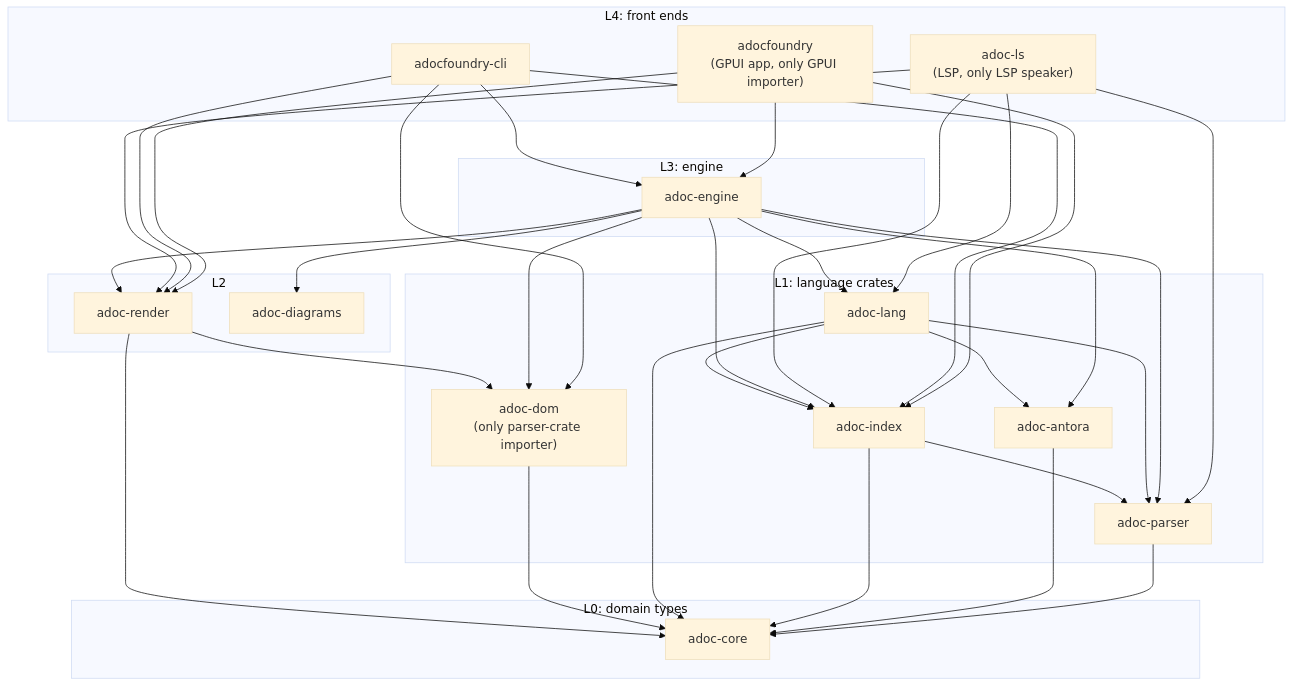
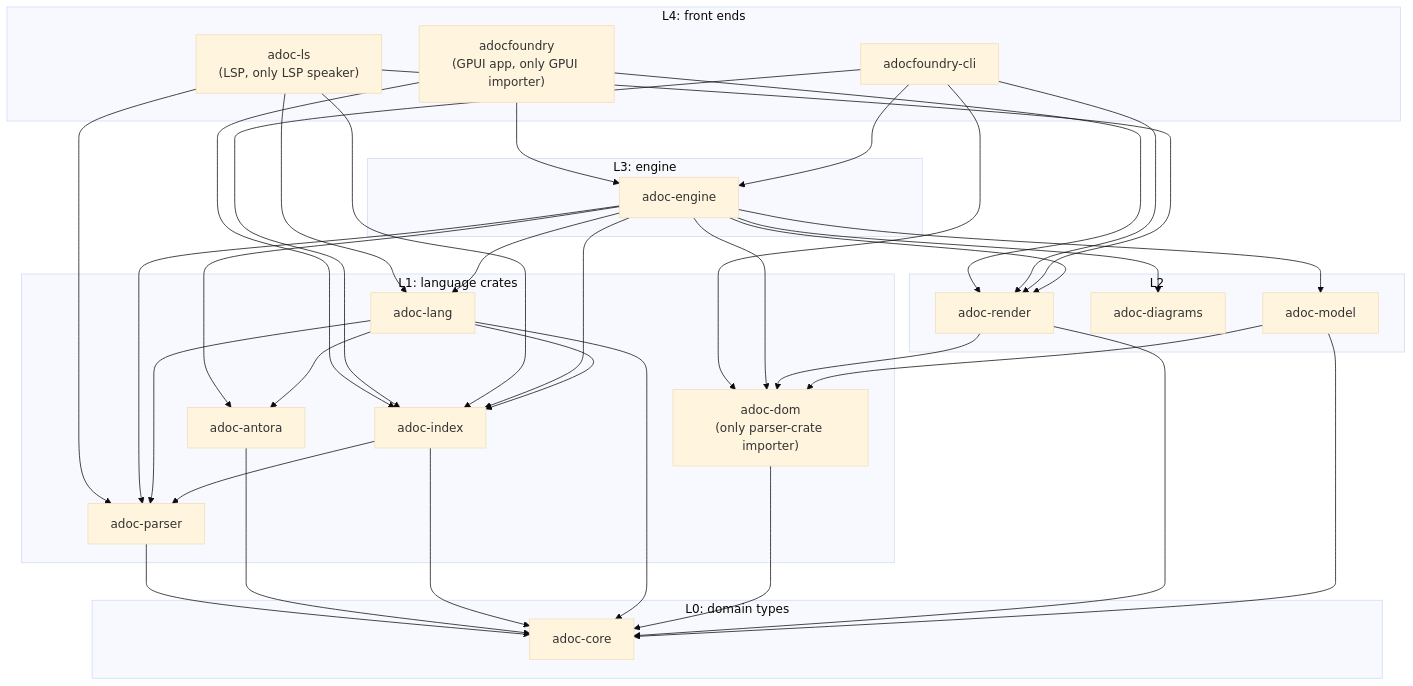
One commit to bovinemagnet/AdocFoundry changed the diagram in src/docs/modules/developer/examples/crate-layers.mmd. Above: the diagram before and after it, drawn with Mermaid (base theme). The commit also changed 67 other files, not shown here.

```diff
--- a/src/docs/modules/developer/examples/crate-layers.mmd
+++ b/src/docs/modules/developer/examples/crate-layers.mmd
@@ -1,52 +1,56 @@
 flowchart TD
     subgraph L4["L4: front ends"]
         app["adocfoundry<br/>(GPUI app, only GPUI importer)"]
         cli["adocfoundry-cli"]
         ls["adoc-ls<br/>(LSP, only LSP speaker)"]
     end
     subgraph L3["L3: engine"]
         engine["adoc-engine"]
     end
     subgraph L2["L2"]
         render["adoc-render"]
         diagrams["adoc-diagrams"]
+        model["adoc-model"]
     end
     subgraph L1["L1: language crates"]
         parser["adoc-parser"]
         dom["adoc-dom<br/>(only parser-crate importer)"]
         antora["adoc-antora"]
         index["adoc-index"]
         lang["adoc-lang"]
     end
     subgraph L0["L0: domain types"]
         core["adoc-core"]
     end
     app --> engine
     app --> index
     app --> render
     cli --> engine
     cli --> index
     cli --> render
     cli --> dom
     ls --> lang
     ls --> index
     ls --> parser
     ls --> render
     engine --> lang
     engine --> index
     engine --> antora
     engine --> parser
     engine --> dom
     engine --> render
     engine --> diagrams
+    engine --> model
     render --> dom
+    model --> dom
     lang --> index
     lang --> antora
     lang --> parser
     index --> parser
     parser --> core
     antora --> core
     index --> core
     lang --> core
     dom --> core
     render --> core
+    model --> core
```
